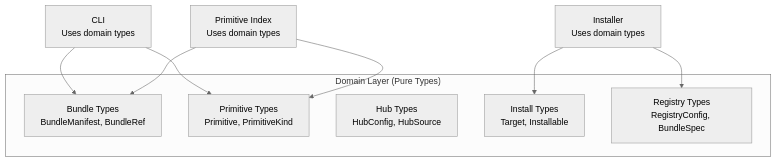
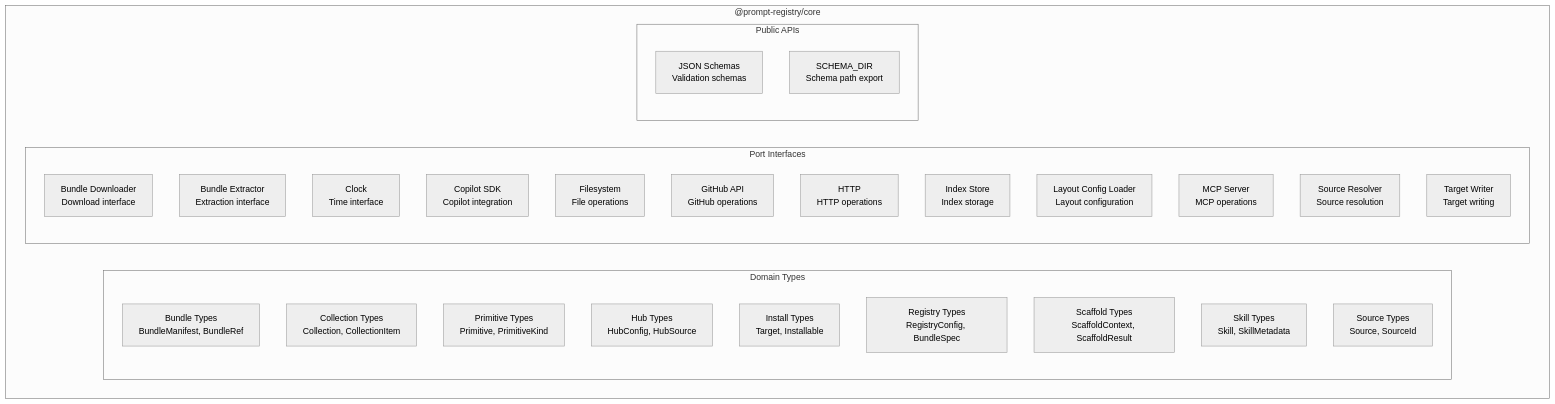
One commit to gblanc-1a/prompt-registry changed the fourth of 6 diagrams in docs/library-centric-architecture/component.md. Above: the diagram before and after it, drawn with Mermaid (neutral theme). The commit also changed other lines of this file and 4 other files, not shown here.

First line of the commit message:
docs: update C4 architecture documentation for current packages

````diff
--- a/docs/library-centric-architecture/component.md
+++ b/docs/library-centric-architecture/component.md
@@ -196,21 +254,36 @@
 ```mermaid
 flowchart TB
-    subgraph Domain["Domain Layer (Pure Types)"]
-        bundle[Bundle Types<br/>BundleManifest, BundleRef]
-        primitive[Primitive Types<br/>Primitive, PrimitiveKind]
-        hub[Hub Types<br/>HubConfig, HubSource]
-        install[Install Types<br/>Target, Installable]
-        registry[Registry Types<br/>RegistryConfig, BundleSpec]
+    subgraph Core["@prompt-registry/core"]
+        subgraph Domain["Domain Types"]
+            bundle[Bundle Types<br/>BundleManifest, BundleRef]
+            collection[Collection Types<br/>Collection, CollectionItem]
+            primitive[Primitive Types<br/>Primitive, PrimitiveKind]
+            hub[Hub Types<br/>HubConfig, HubSource]
+            install[Install Types<br/>Target, Installable]
+            registry[Registry Types<br/>RegistryConfig, BundleSpec]
+            scaffold[Scaffold Types<br/>ScaffoldContext, ScaffoldResult]
+            skill[Skill Types<br/>Skill, SkillMetadata]
+            source[Source Types<br/>Source, SourceId]
+        end
+
+        subgraph Ports["Port Interfaces"]
+            bundleDownloader[Bundle Downloader<br/>Download interface]
+            bundleExtractor[Bundle Extractor<br/>Extraction interface]
+            clock[Clock<br/>Time interface]
+            copilotSDK[Copilot SDK<br/>Copilot integration]
+            filesystem[Filesystem<br/>File operations]
+            githubAPI[GitHub API<br/>GitHub operations]
+            http[HTTP<br/>HTTP operations]
+            indexStore[Index Store<br/>Index storage]
+            layoutConfigLoader[Layout Config Loader<br/>Layout configuration]
+            mcpServer[MCP Server<br/>MCP operations]
+            sourceResolver[Source Resolver<br/>Source resolution]
+            targetWriter[Target Writer<br/>Target writing]
+        end
+
+        subgraph Public["Public APIs"]
+            schemas[JSON Schemas<br/>Validation schemas]
+            schemaDir[SCHEMA_DIR<br/>Schema path export]
+        end
     end
-
-    CLI[CLI<br/>Uses domain types]
-    Index[Primitive Index<br/>Uses domain types]
-    Installer[Installer<br/>Uses domain types]
-
-    CLI --> bundle
-    CLI --> primitive
-    Index --> primitive
-    Index --> bundle
-    Installer --> install
-    Installer --> registry
 ```
````
